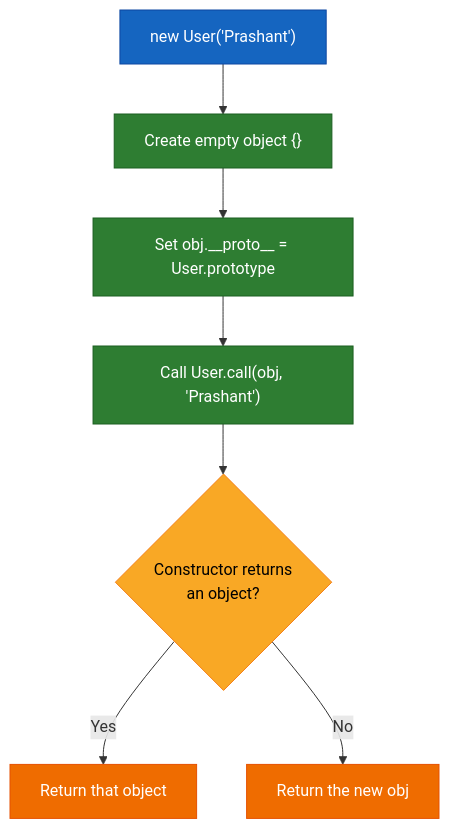
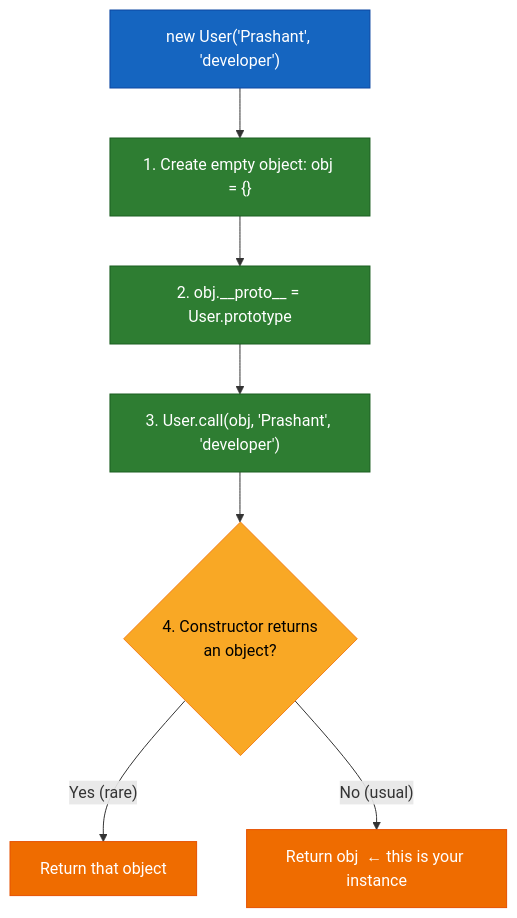
One commit to PrashantMudhiraj/JSAdv changed diagram 11 of 23 in javascript-notes.md. Above: the diagram before and after it, drawn with Mermaid. The commit also changed other lines of this file, not shown here.

````diff
--- a/javascript-notes.md
+++ b/javascript-notes.md
@@ -1650,17 +2293,17 @@
 ```mermaid
 flowchart TD
-    A["new User('Prashant')"] --> B["Create empty object {}"]
-    B --> C["Set obj.__proto__ = User.prototype"]
-    C --> D["Call User.call(obj, 'Prashant')"]
-    D --> E{"Constructor returns<br/>an object?"}
-    E -->|"Yes"| F["Return that object"]
-    E -->|"No"| G["Return the new obj"]
+    A["new User('Prashant', 'developer')"] --> B["1. Create empty object: obj = {}"]
+    B --> C["2. obj.__proto__ = User.prototype"]
+    C --> D["3. User.call(obj, 'Prashant', 'developer')"]
+    D --> E{"4. Constructor returns\nan object?"}
+    E -->|"Yes (rare)"| F["Return that object"]
+    E -->|"No (usual)"| G["Return obj  ← this is your instance"]
 
     style A fill:#1565c0,color:#fff,stroke:#0d47a1
     style B fill:#2e7d32,color:#fff,stroke:#1b5e20
     style C fill:#2e7d32,color:#fff,stroke:#1b5e20
     style D fill:#2e7d32,color:#fff,stroke:#1b5e20
     style E fill:#f9a825,color:#000,stroke:#f57f17
     style F fill:#ef6c00,color:#fff,stroke:#e65100
     style G fill:#ef6c00,color:#fff,stroke:#e65100
 ```
````
